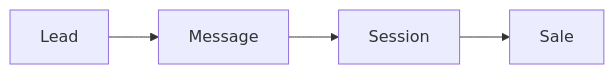
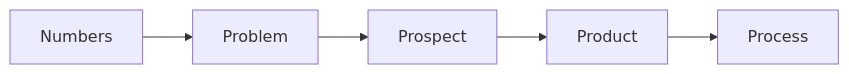
The sixth of 27 diagrams in README.md (redrhino-online/red-canon), drawn with Mermaid before and after one commit. The commit also changed other lines of this file, not shown here.

````diff
--- a/README.md
+++ b/README.md
@@ -105,6 +92,4 @@
 ```mermaid
 flowchart LR
-    A[Lead] --> B[Message]
-    B --> C[Session]
-    C --> D[Sale]
+    A[Numbers] --> B[Problem] --> C[Prospect] --> D[Product] --> E[Process]
 ```
````
